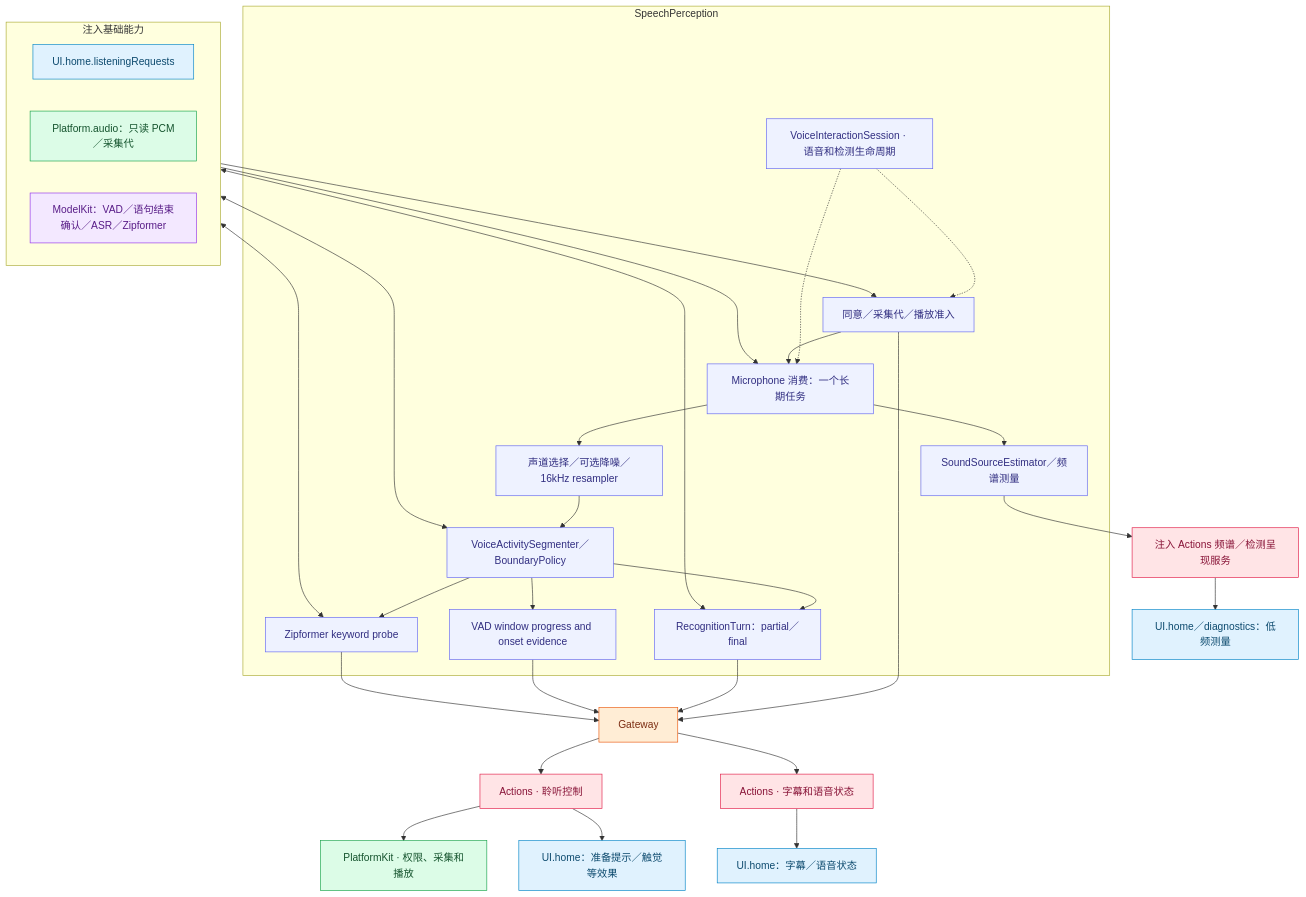
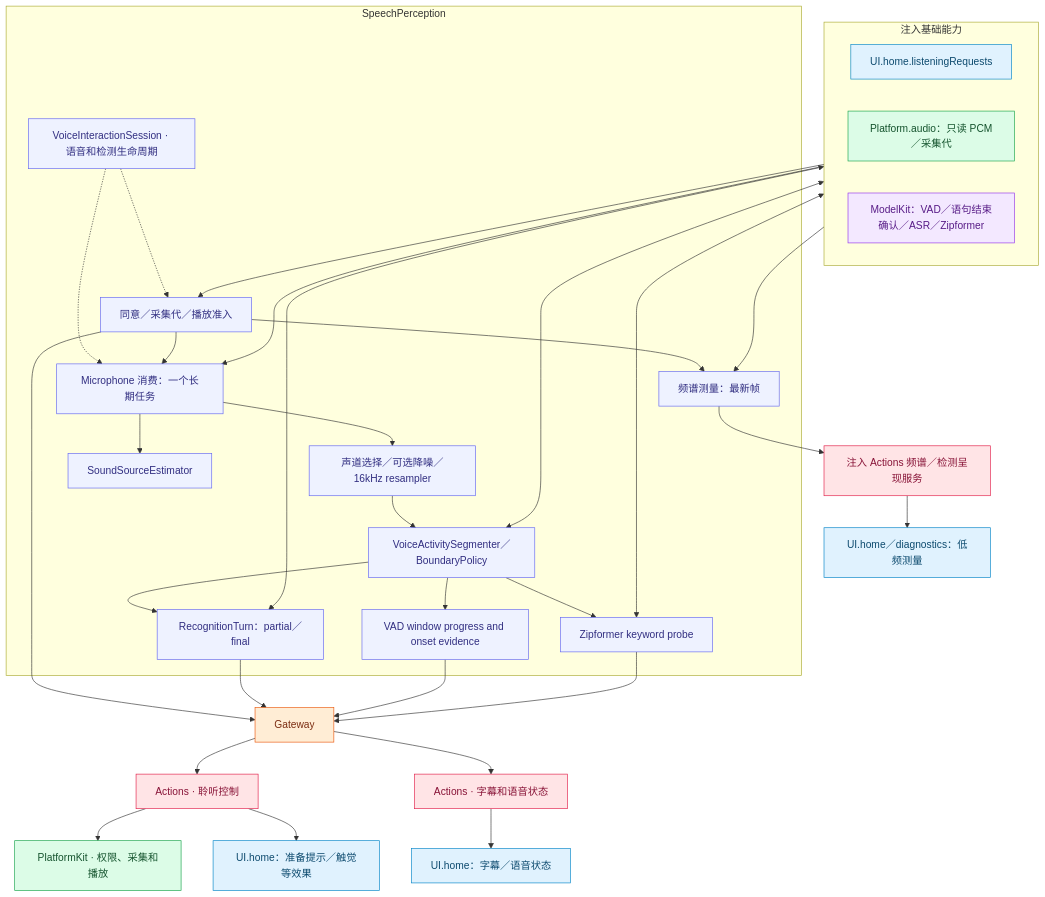
The second of 3 diagrams in MobileHarness/Agents/SpeechPerception/README.md (devilyouwei/MobileHarness), drawn with Mermaid before and after one commit. The commit also changed other lines of this file and 341 other files, not shown here.

````diff
--- a/MobileHarness/Agents/SpeechPerception/README.md
+++ b/MobileHarness/Agents/SpeechPerception/README.md
@@ -80,51 +80,54 @@
 ```mermaid
 flowchart TB
  subgraph Injected["注入基础能力"]
  direction LR
  U["UI.home.listeningRequests"]:::ui
  P["Platform.audio：只读 PCM／采集代"]:::platform
  M["ModelKit：VAD／语句结束确认／ASR／Zipformer"]:::model
  end
  subgraph Role["SpeechPerception"]
  V["VoiceInteractionSession · 语音和检测生命周期"]:::agent
  L["同意／采集代／播放准入"]:::agent
  N["Microphone 消费：一个长期任务"]:::agent
  R["声道选择／可选降噪／16kHz resampler"]:::agent
  B["VoiceActivitySegmenter／BoundaryPolicy"]:::agent
  K["Zipformer keyword probe"]:::agent
  W["VAD window progress and onset evidence"]:::agent
  T["RecognitionTurn：partial／final"]:::agent
- S["SoundSourceEstimator／频谱测量"]:::agent
+ F["频谱测量：最新帧"]:::agent
+ S["SoundSourceEstimator"]:::agent
  end
  V -.-> L
  V -.-> N
  U --> L
  P --> N
  L --> N
  N --> R --> B --> T
  B --> K
  B --> W
  N --> S
+ P --> F
+ L --> F
  M <--> B
  M <--> T
  M <--> K
  L --> G["Gateway"]:::gateway
  T --> G
  W --> G
  K --> G
  G --> X["Actions · 聆听控制"]:::action
  G --> Y["Actions · 字幕和语音状态"]:::action
  X --> PC["PlatformKit · 权限、采集和播放"]:::platform
  X --> UE["UI.home：准备提示／触觉等效果"]:::ui
  Y --> UC["UI.home：字幕／语音状态"]:::ui
- S --> AP["注入 Actions 频谱／检测呈现服务"]:::action
+ F --> AP["注入 Actions 频谱／检测呈现服务"]:::action
  AP --> US["UI.home／diagnostics：低频测量"]:::ui
  classDef ui fill:#e0f2fe,stroke:#0284c7,color:#0c4a6e
  classDef platform fill:#dcfce7,stroke:#16a34a,color:#14532d
  classDef model fill:#f3e8ff,stroke:#9333ea,color:#581c87
  classDef storage fill:#fef3c7,stroke:#d97706,color:#78350f
  classDef agent fill:#eef2ff,stroke:#6366f1,color:#312e81
  classDef gateway fill:#ffedd5,stroke:#ea580c,color:#7c2d12
  classDef action fill:#ffe4e6,stroke:#e11d48,color:#881337
  classDef host fill:#f1f5f9,stroke:#64748b,color:#334155
 ```
````
